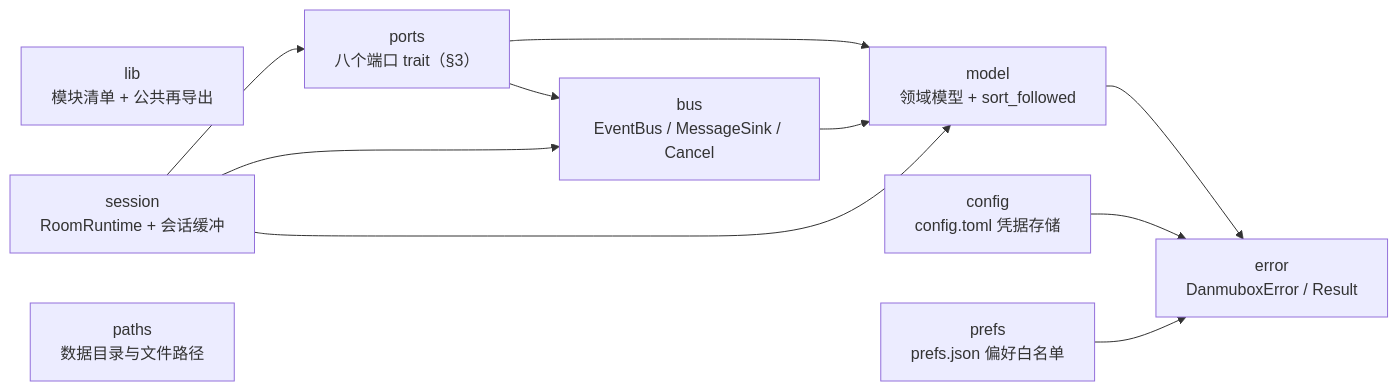
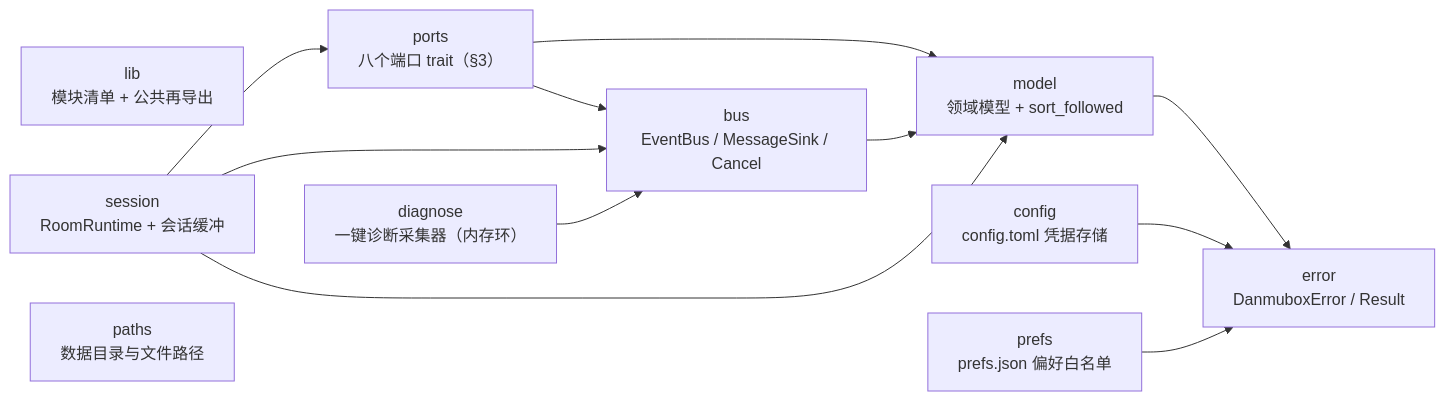
The second of 6 diagrams in docs/architecture.md (HakaseZ/danmubox), drawn with Mermaid before and after one commit. The commit also changed other lines of this file and 25 other files, not shown here.

````diff
--- a/docs/architecture.md
+++ b/docs/architecture.md
@@ -71,22 +67,24 @@
 ```mermaid
 graph LR
   lib["lib<br/>模块清单 + 公共再导出"]
   error["error<br/>DanmuboxError / Result"]
   model["model<br/>领域模型 + sort_followed"]
   ports["ports<br/>八个端口 trait（§3）"]
   bus["bus<br/>EventBus / MessageSink / Cancel"]
   session["session<br/>RoomRuntime + 会话缓冲"]
   paths["paths<br/>数据目录与文件路径"]
   config["config<br/>config.toml 凭据存储"]
   prefs["prefs<br/>prefs.json 偏好白名单"]
+  diagnose["diagnose<br/>一键诊断采集器（内存环）"]
 
   model --> error
   ports --> model
   ports --> bus
   bus --> model
   session --> ports
   session --> bus
   session --> model
   config --> error
   prefs --> error
+  diagnose --> bus
 ```
````
